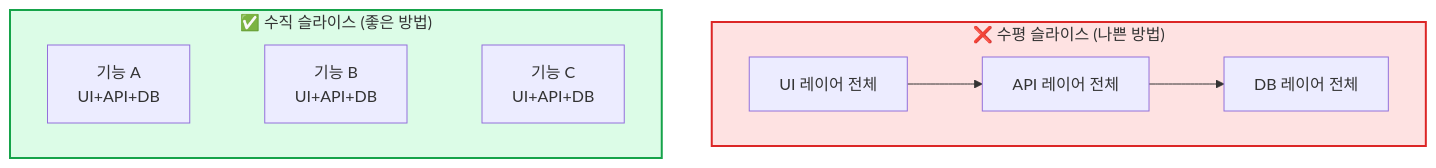
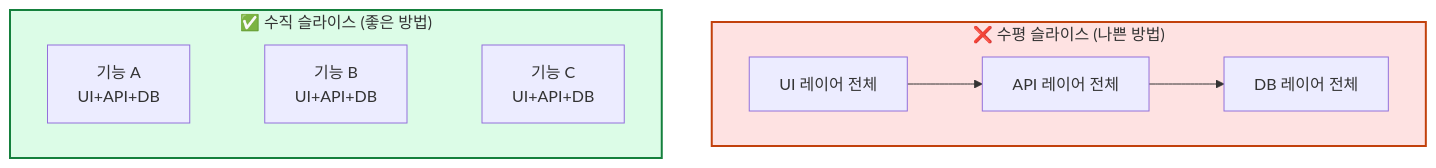
One commit to udawon/udawon-how-to-claude changed the second of 2 diagrams in content/youtube-update/engineering-skills-pipeline.md. Above: the diagram before and after it, drawn with Mermaid. The commit also changed other lines of this file and 23 other files, not shown here.

````diff
--- a/content/youtube-update/engineering-skills-pipeline.md
+++ b/content/youtube-update/engineering-skills-pipeline.md
@@ -137,11 +137,11 @@
 ```mermaid
 graph TB
     subgraph bad["❌ 수평 슬라이스 (나쁜 방법)"]
         H1["UI 레이어 전체"] --> H2["API 레이어 전체"] --> H3["DB 레이어 전체"]
     end
     subgraph good["✅ 수직 슬라이스 (좋은 방법)"]
         V1["기능 A<br/>UI+API+DB"] ~~~ V2["기능 B<br/>UI+API+DB"] ~~~ V3["기능 C<br/>UI+API+DB"]
     end
-    style bad fill:#fee2e2,stroke:#dc2626,stroke-width:2px
-    style good fill:#dcfce7,stroke:#16a34a,stroke-width:2px
+    style bad fill:#fee2e2,stroke:#c2410c,stroke-width:2px
+    style good fill:#dcfce7,stroke:#15803d,stroke-width:2px
 ```
````
